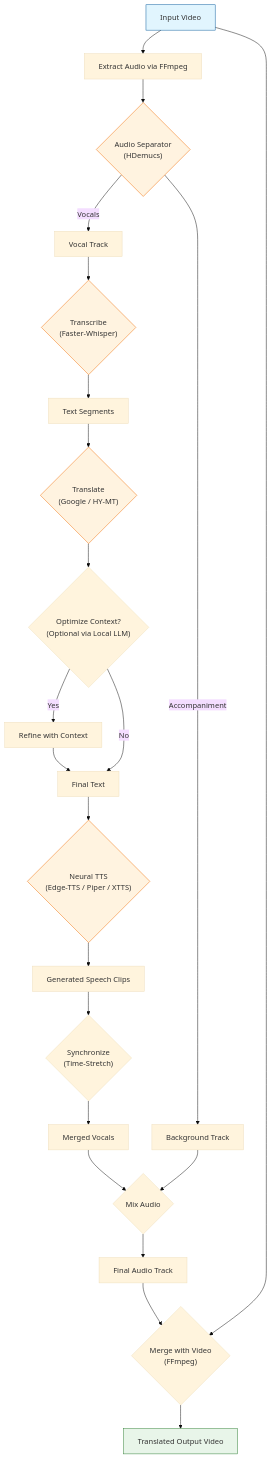
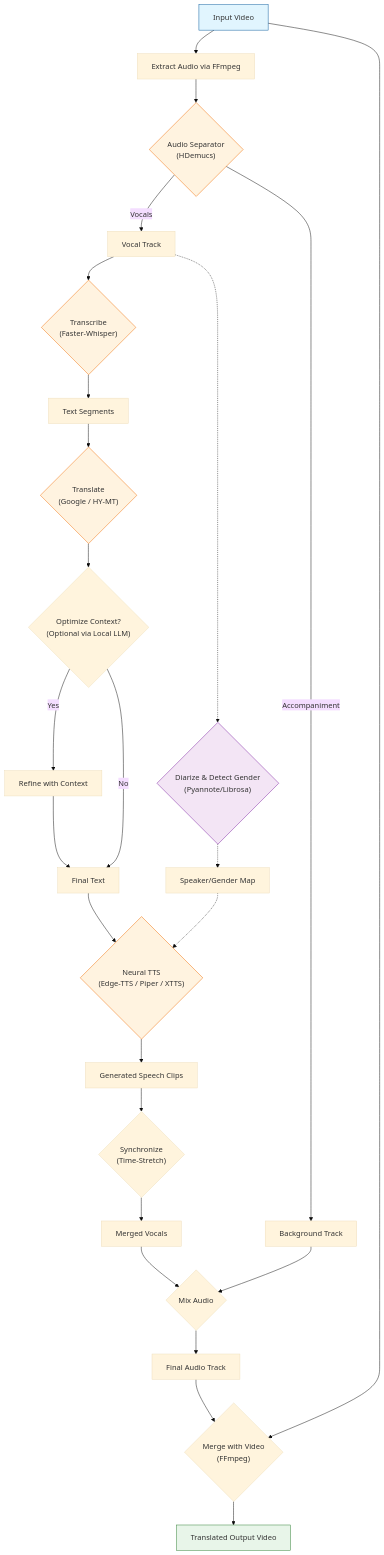
The diagram in README.md (overcrash66/video-translator), drawn with Mermaid (base theme) before and after one commit. The commit also changed other lines of this file and 5 other files, not shown here.

First line of the commit message:
Add speaker diarization with gender-aware TTS support

````diff
--- a/README.md
+++ b/README.md
@@ -90,42 +92,47 @@
 ```mermaid
 flowchart TD
     Video[Input Video] --> Extract[Extract Audio via FFmpeg]
     Extract --> Separator{"Audio Separator<br/>(HDemucs)"}
     
     Separator -->|Vocals| Vocals[Vocal Track]
     Separator -->|Accompaniment| Background[Background Track]
     
     Vocals --> Transcribe{"Transcribe<br/>(Faster-Whisper)"}
     Transcribe --> Segments[Text Segments]
+
+    Vocals -.-> Diarize{"Diarize & Detect Gender<br/>(Pyannote/Librosa)"}
+    Diarize -.-> SpeakerMap[Speaker/Gender Map]
     
     Segments --> Translate{"Translate<br/>(Google / HY-MT)"}
     
     Translate --> Optimize{"Optimize Context?<br/>(Optional via Local LLM)"}
     Optimize -- Yes --> Refine[Refine with Context]
     Refine --> TransText[Final Text]
     Optimize -- No --> TransText
     
     TransText --> TTS{"Neural TTS<br/>(Edge-TTS / Piper / XTTS)"}
+    SpeakerMap -.-> TTS
     TTS --> TTSAudio[Generated Speech Clips]
     
     TTSAudio --> Sync{"Synchronize<br/>(Time-Stretch)"}
     
     Sync --> MergedVocals[Merged Vocals]
     
     MergedVocals --> Mix{Mix Audio}
     Background --> Mix
     
     Mix --> FinalAudio[Final Audio Track]
     
     FinalAudio --> Mux{"Merge with Video<br/>(FFmpeg)"}
     Video --> Mux
     
     Mux --> Output[Translated Output Video]
     
     style Video fill:#e1f5fe,stroke:#01579b
     style Output fill:#e8f5e9,stroke:#2e7d32
     style Separator fill:#fff3e0,stroke:#ef6c00
     style Transcribe fill:#fff3e0,stroke:#ef6c00
     style Translate fill:#fff3e0,stroke:#ef6c00
     style TTS fill:#fff3e0,stroke:#ef6c00
+    style Diarize fill:#f3e5f5,stroke:#7b1fa2
 ```
````
